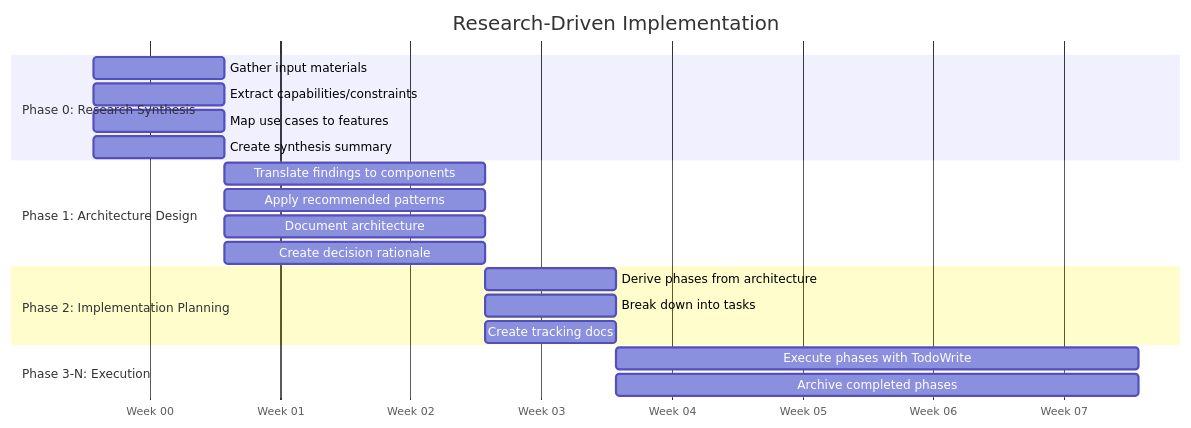
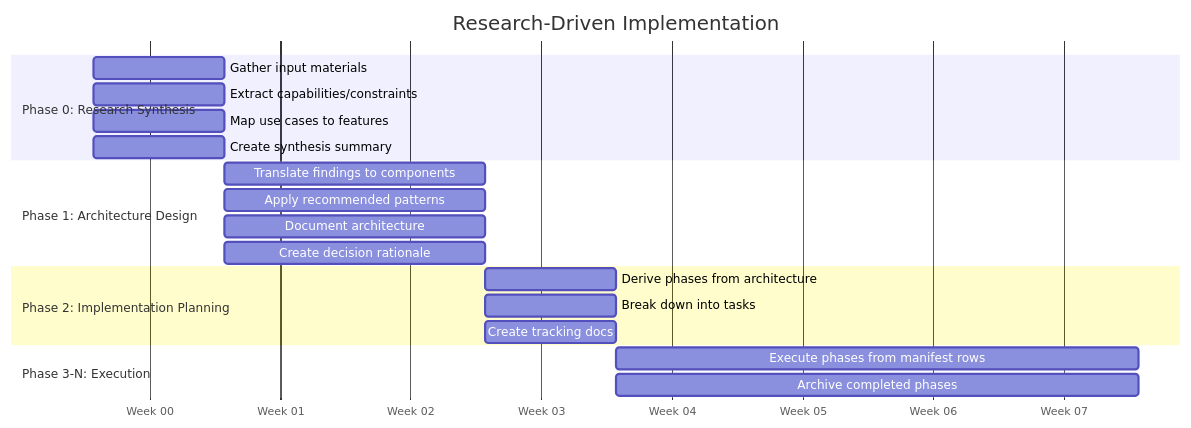
One commit to deepily/planning-is-prompting changed the sixth of 9 diagrams in workflow/p-is-p-01-planning-the-work.md. Above: the diagram before and after it, drawn with Mermaid. The commit also changed other lines of this file and 221 other files, not shown here.

````diff
--- a/workflow/p-is-p-01-planning-the-work.md
+++ b/workflow/p-is-p-01-planning-the-work.md
@@ -779,23 +848,23 @@
 ```mermaid
 gantt
     title Research-Driven Implementation
     dateFormat YYYY-[W]WW
     axisFormat Week %W
     section Phase 0: Research Synthesis
         Gather input materials           :p0a, 2026-W01, 1w
         Extract capabilities/constraints :p0b, 2026-W01, 1w
         Map use cases to features        :p0c, 2026-W01, 1w
         Create synthesis summary         :p0d, 2026-W01, 1w
     section Phase 1: Architecture Design
         Translate findings to components :p1a, after p0d, 2w
         Apply recommended patterns       :p1b, after p0d, 2w
         Document architecture            :p1c, after p0d, 2w
         Create decision rationale        :p1d, after p0d, 2w
     section Phase 2: Implementation Planning
         Derive phases from architecture  :p2a, after p1d, 1w
         Break down into tasks            :p2b, after p1d, 1w
         Create tracking docs             :p2c, after p1d, 1w
     section Phase 3-N: Execution
-        Execute phases with TodoWrite    :p3a, after p2c, 4w
+        Execute phases from manifest rows :p3a, after p2c, 4w
         Archive completed phases         :p3b, after p2c, 4w
 ```
````
